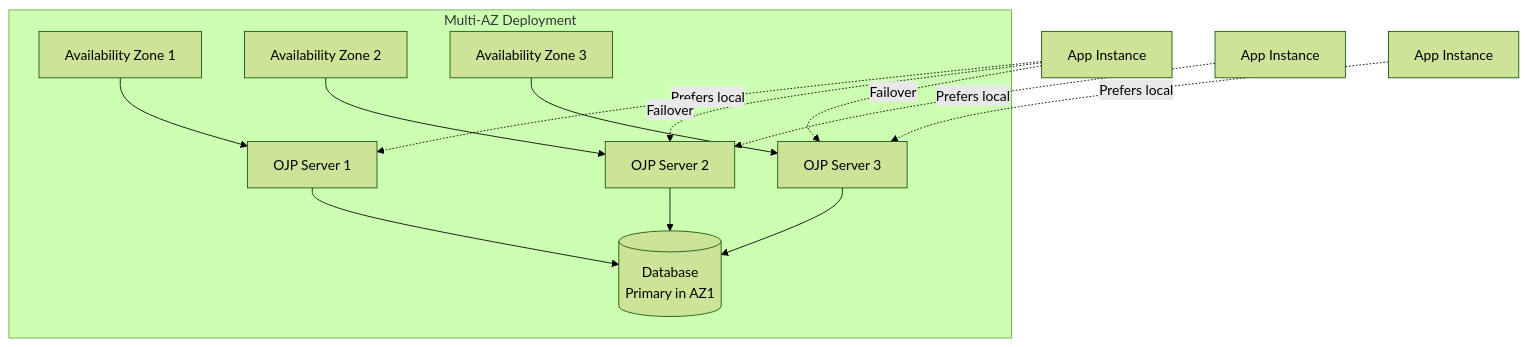
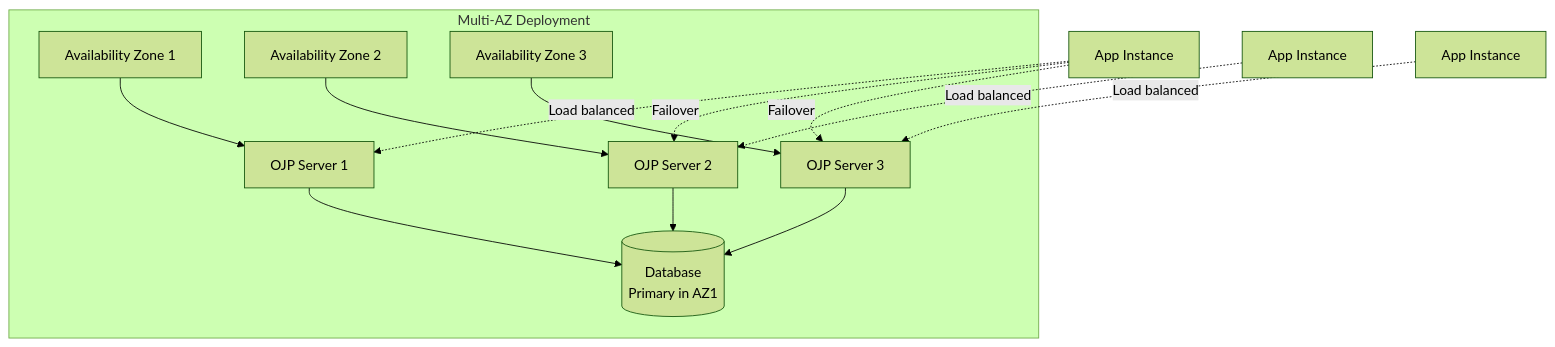
The seventh of 8 diagrams in documents/ebook/part3-chapter9-multinode-deployment.md (youzh00/yzahi-ojp), drawn with Mermaid (forest theme) before and after one commit. The commit also changed other lines of this file, not shown here.

````diff
--- a/documents/ebook/part3-chapter9-multinode-deployment.md
+++ b/documents/ebook/part3-chapter9-multinode-deployment.md
@@ -455,21 +457,21 @@
 ```mermaid
 graph TB
     subgraph "Multi-AZ Deployment"
         AZ1[Availability Zone 1]
         AZ2[Availability Zone 2]
         AZ3[Availability Zone 3]
         
         AZ1 --> S1[OJP Server 1]
         AZ2 --> S2[OJP Server 2]
         AZ3 --> S3[OJP Server 3]
         
         S1 & S2 & S3 --> DB[(Database<br/>Primary in AZ1)]
     end
     
-    APP1[App Instance] -.->|Prefers local| S1
-    APP2[App Instance] -.->|Prefers local| S2
-    APP3[App Instance] -.->|Prefers local| S3
+    APP1[App Instance] -.->|Load balanced| S1
+    APP2[App Instance] -.->|Load balanced| S2
+    APP3[App Instance] -.->|Load balanced| S3
     
     APP1 -.->|Failover| S2
     APP1 -.->|Failover| S3
 ```
````
